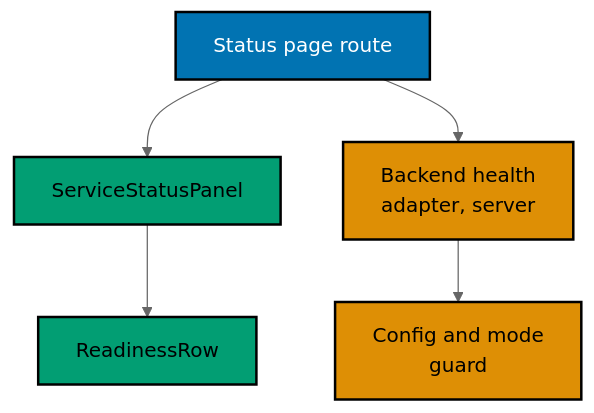
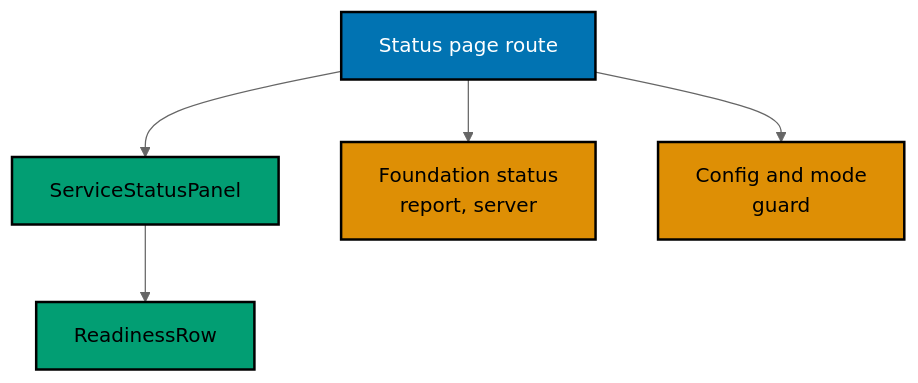
The second of 2 diagrams in specs/apps/ose/id-web/architecture.md (wahidyankf/ose-public), drawn with Mermaid (neutral theme) before and after one commit. The commit also changed other lines of this file and 124 other files, not shown here.

````diff
--- a/specs/apps/ose/id-web/architecture.md
+++ b/specs/apps/ose/id-web/architecture.md
@@ -55,16 +54,16 @@
 ```mermaid
 flowchart TD
   accTitle: OSE ID web status shell components
-  accDescr: The status page route composes a service status panel of readiness rows and uses a server-side backend health adapter that runs behind the configuration and mode guard.
+  accDescr: The status page route composes a service status panel of readiness rows, sourced from a fixed foundation status report, and runs behind the configuration and mode guard.
   PAGE["Status page route"] --> PANEL["ServiceStatusPanel"]
   PANEL --> ROW["ReadinessRow"]
-  PAGE --> ADAPTER["Backend health<br/>adapter, server"]
-  ADAPTER --> GUARD["Config and mode<br/>guard"]
+  PAGE --> REPORT["Foundation status<br/>report, server"]
+  PAGE --> GUARD["Config and mode<br/>guard"]
 
   classDef route fill:#0173B2,stroke:#000000,color:#FFFFFF,stroke-width:2px
   classDef ui fill:#029E73,stroke:#000000,color:#000000,stroke-width:2px
   classDef infra fill:#DE8F05,stroke:#000000,color:#000000,stroke-width:2px
   class PAGE route
   class PANEL,ROW ui
-  class ADAPTER,GUARD infra
+  class REPORT,GUARD infra
 ```
````
